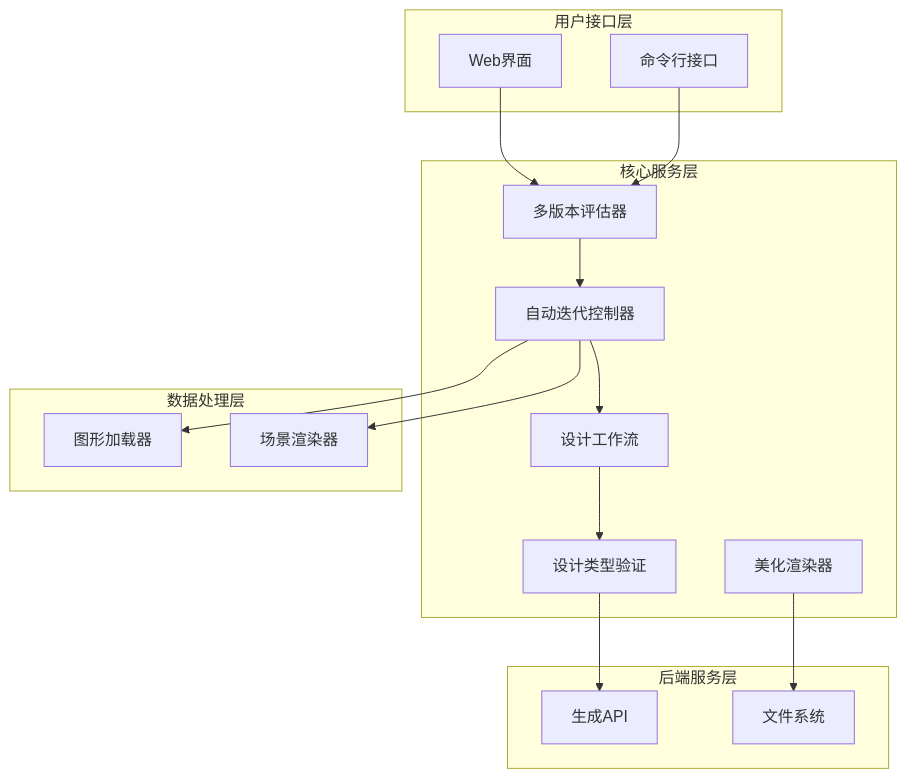
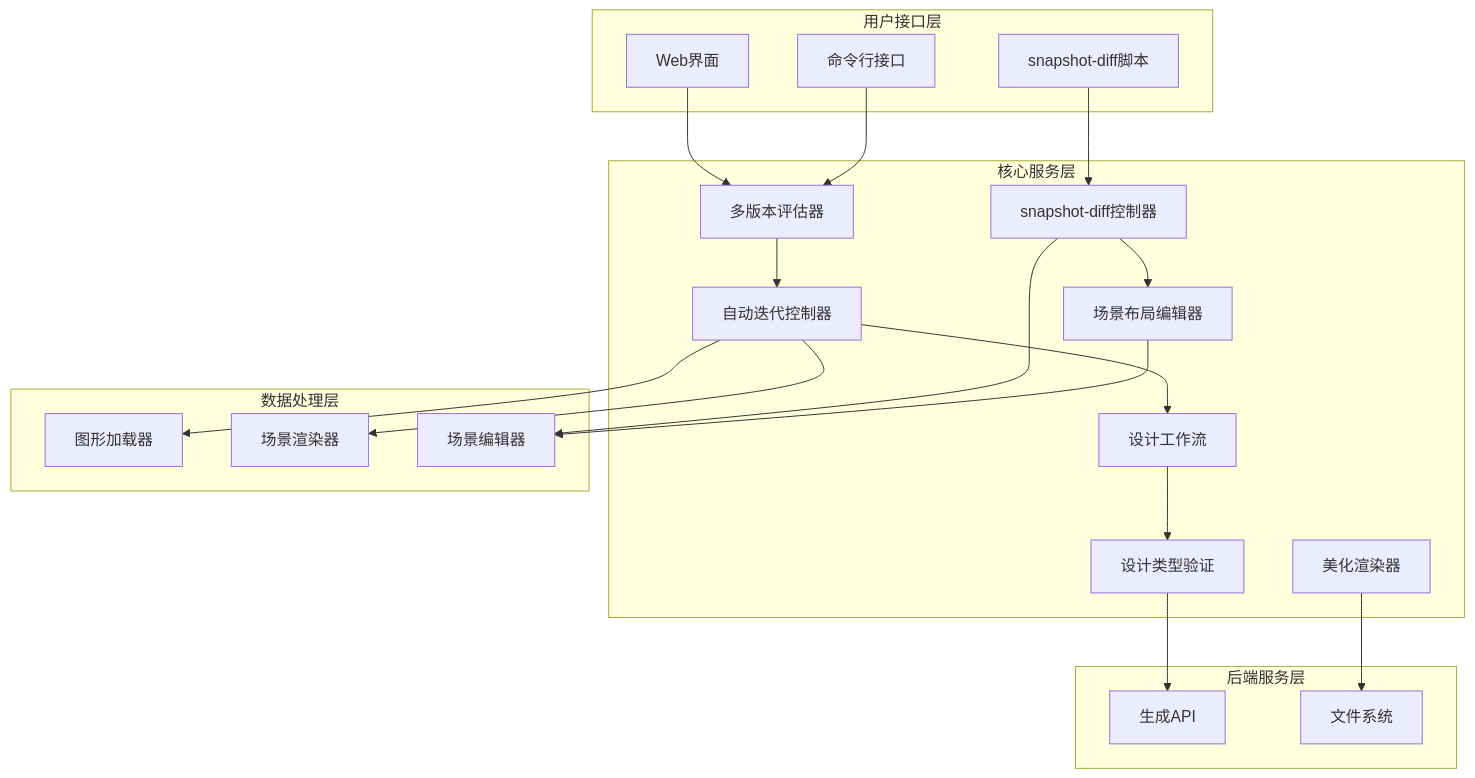
The first of 13 diagrams in .qoder/repowiki/zh/content/里程碑管道/自动场景生成流水线/多版本自动评估系统.md (wsqstar/RoadGen3D), drawn with Mermaid before and after one commit. The commit also changed other lines of this file and 6 other files, not shown here.

````diff
--- a/.qoder/repowiki/zh/content/里程碑管道/自动场景生成流水线/多版本自动评估系统.md
+++ b/.qoder/repowiki/zh/content/里程碑管道/自动场景生成流水线/多版本自动评估系统.md
@@ -51,31 +63,39 @@
 ```mermaid
 graph TB
 subgraph "用户接口层"
 UI[Web界面]
 CLI[命令行接口]
+SD[snapshot-diff脚本]
 end
 subgraph "核心服务层"
 AE[多版本评估器]
 AC[自动迭代控制器]
+SDC[snapshot-diff控制器]
 DR[设计工作流]
 BR[美化渲染器]
 DT[设计类型验证]
+SLE[场景布局编辑器]
 end
 subgraph "数据处理层"
 GL[图形加载器]
 SR[场景渲染器]
+SED[场景编辑器]
 end
 subgraph "后端服务层"
 API[生成API]
 FS[文件系统]
 end
 UI --> AE
 CLI --> AE
+SD --> SDC
 AE --> AC
 AC --> DR
 AC --> GL
 AC --> SR
+SDC --> SED
+SDC --> SLE
 DR --> DT
 DT --> API
 BR --> FS
+SLE --> SED
 ```
````
